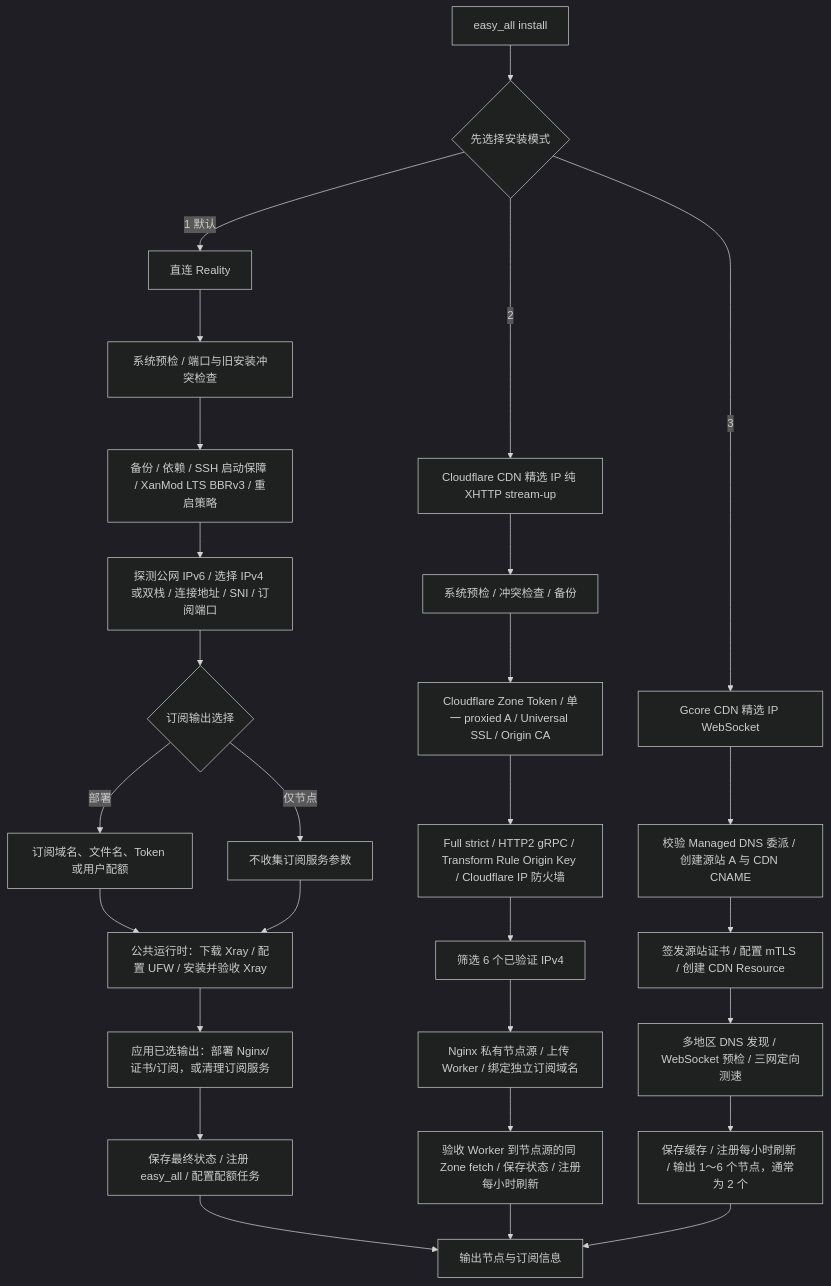
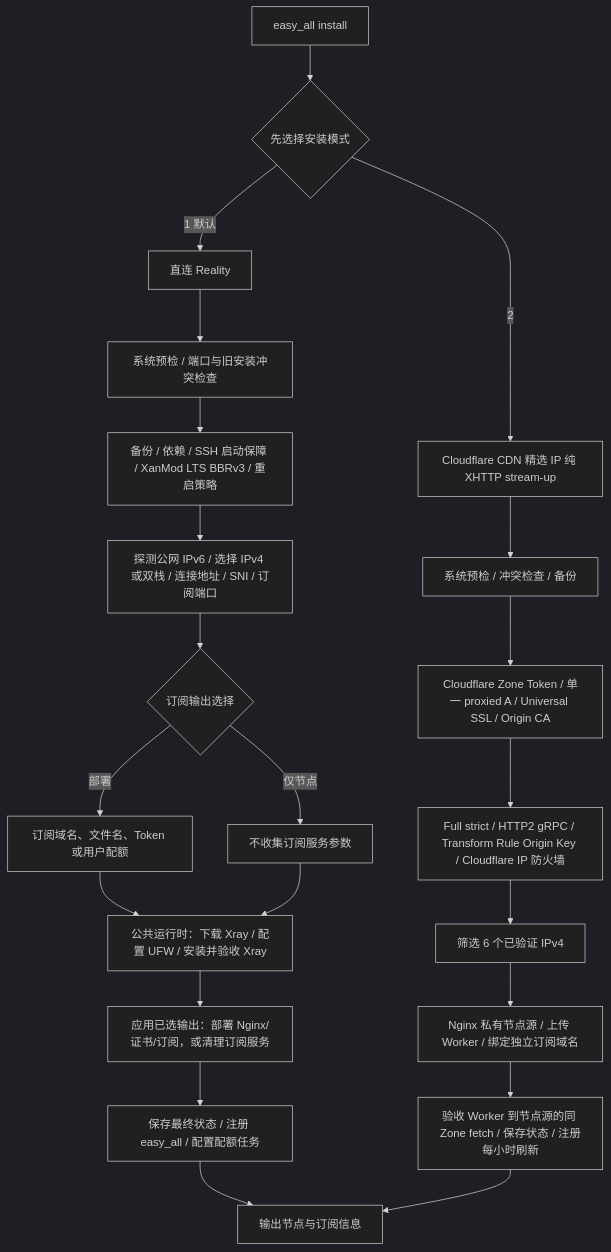
Before and after one commit to v2yiz/easy_all: the diagram in README.md, drawn with Mermaid (dark theme). The commit also changed other lines of this file and 18 other files, not shown here.

````diff
--- a/README.md
+++ b/README.md
@@ -272,33 +268,26 @@
 ```mermaid
 flowchart TD
     A[easy_all install] --> B{先选择安装模式}
 
     B -->|1 默认| R0[直连 Reality]
     R0 --> R1[系统预检 / 端口与旧安装冲突检查]
     R1 --> R2[备份 / 依赖 / SSH 启动保障 / XanMod LTS BBRv3 / 重启策略]
     R2 --> R3[探测公网 IPv6 / 选择 IPv4 或双栈 / 连接地址 / SNI / 订阅端口]
     R3 --> R4{订阅输出选择}
     R4 -->|部署| R5[订阅域名、文件名、Token 或用户配额]
     R4 -->|仅节点| R6[不收集订阅服务参数]
     R5 --> R7[公共运行时：下载 Xray / 配置 UFW / 安装并验收 Xray]
     R6 --> R7
     R7 --> R8[应用已选输出：部署 Nginx/证书/订阅，或清理订阅服务]
     R8 --> R9[保存最终状态 / 注册 easy_all / 配置配额任务]
     R9 --> Z[输出节点与订阅信息]
 
     B -->|2| C0[Cloudflare CDN 精选 IP 纯 XHTTP stream-up]
     C0 --> C1[系统预检 / 冲突检查 / 备份]
     C1 --> C2[Cloudflare Zone Token / 单一 proxied A / Universal SSL / Origin CA]
     C2 --> C3[Full strict / HTTP2 gRPC / Transform Rule Origin Key / Cloudflare IP 防火墙]
     C3 --> C4[筛选 6 个已验证 IPv4]
     C4 --> C5[Nginx 私有节点源 / 上传 Worker / 绑定独立订阅域名]
     C5 --> C6[验收 Worker 到节点源的同 Zone fetch / 保存状态 / 注册每小时刷新]
     C6 --> Z
-
-    B -->|3| G0[Gcore CDN 精选 IP WebSocket]
-    G0 --> G1[校验 Managed DNS 委派 / 创建源站 A 与 CDN CNAME]
-    G1 --> G2[签发源站证书 / 配置 mTLS / 创建 CDN Resource]
-    G2 --> G3[多地区 DNS 发现 / WebSocket 预检 / 三网定向测速]
-    G3 --> G4[保存缓存 / 注册每小时刷新 / 输出 1～6 个节点，通常为 2 个]
-    G4 --> Z
 ```
````
